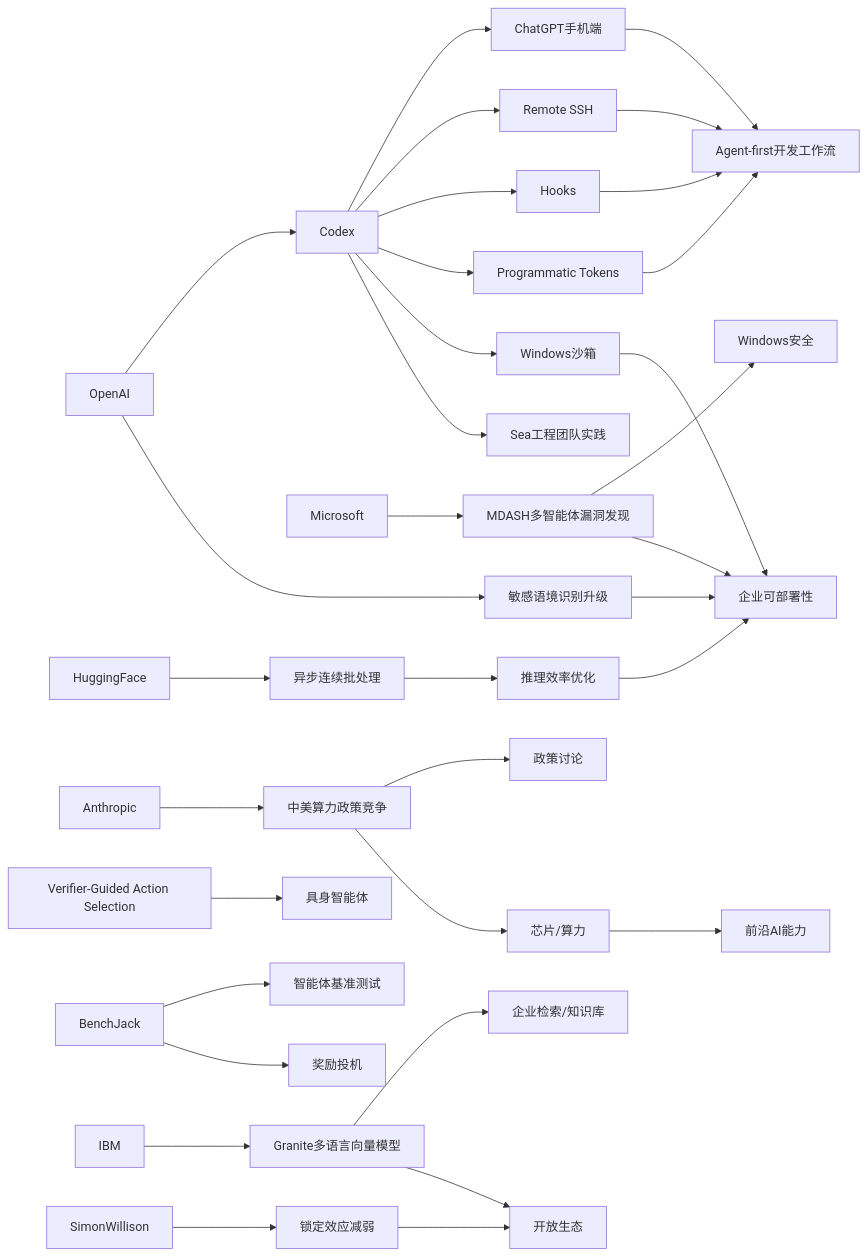
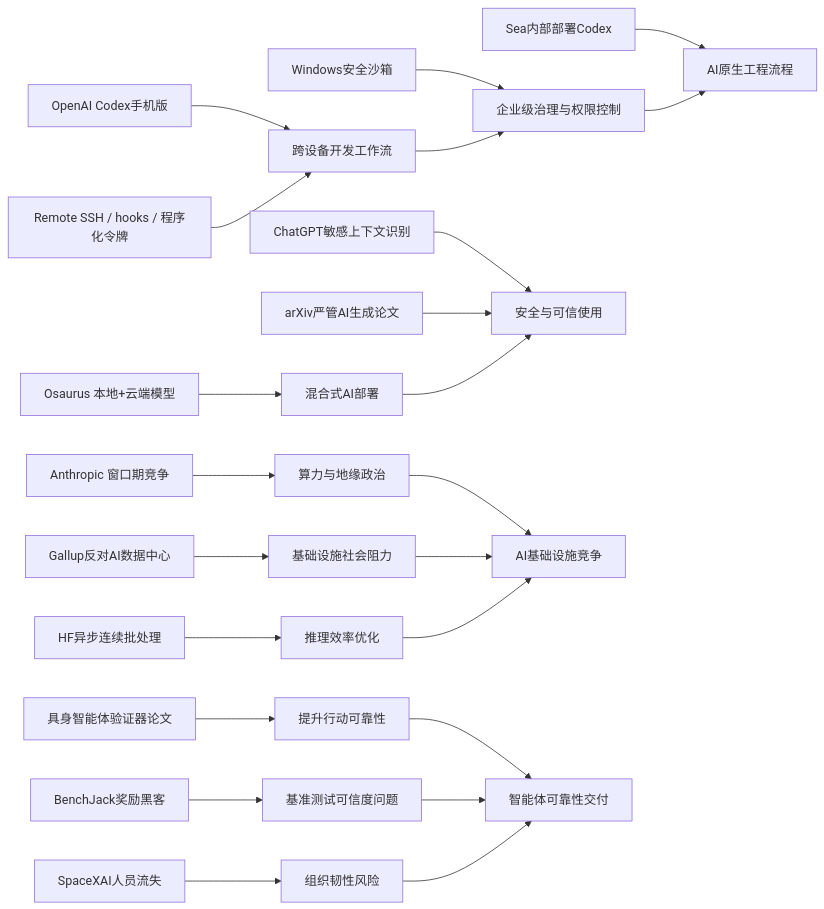
The diagram in content/cn/2026/2026-05/2026-05-15.md (zhuxinfei/ai-daily-site), drawn with Mermaid before and after one commit. The commit also changed other lines of this file, not shown here.

````diff
--- a/content/cn/2026/2026-05/2026-05-15.md
+++ b/content/cn/2026/2026-05/2026-05-15.md
@@ -118,45 +110,28 @@
 ```mermaid
 graph LR
-    OpenAI --> Codex
-    Codex --> ChatGPT_Mobile[ChatGPT手机端]
-    Codex --> RemoteSSH[Remote SSH]
-    Codex --> Hooks[Hooks]
-    Codex --> Tokens[Programmatic Tokens]
-    Codex --> WinSandbox[Windows沙箱]
-    Codex --> Sea[Sea工程团队实践]
+    A[OpenAI Codex手机版] --> B[跨设备开发工作流]
+    C[Remote SSH / hooks / 程序化令牌] --> B
+    D[Windows安全沙箱] --> E[企业级治理与权限控制]
+    B --> E
+    F[Sea内部部署Codex] --> G[AI原生工程流程]
+    E --> G
 
-    OpenAI --> SafetyContext[敏感语境识别升级]
+    H[Osaurus 本地+云端模型] --> I[混合式AI部署]
+    J[ChatGPT敏感上下文识别] --> K[安全与可信使用]
+    L[arXiv严管AI生成论文] --> K
+    I --> K
 
-    Microsoft --> MDASH[MDASH多智能体漏洞发现]
-    MDASH --> Windows[Windows安全]
+    M[Anthropic 窗口期竞争] --> N[算力与地缘政治]
+    O[Gallup反对AI数据中心] --> P[基础设施社会阻力]
+    Q[HF异步连续批处理] --> R[推理效率优化]
+    N --> S[AI基础设施竞争]
+    P --> S
+    R --> S
 
-    Anthropic --> ComputePolicy[中美算力政策竞争]
-    ComputePolicy --> Washington[政策讨论]
-    ComputePolicy --> Chips[芯片/算力]
-
-    IBM --> Granite[Granite多语言向量模型]
-    Granite --> EnterpriseSearch[企业检索/知识库]
-
-    HuggingFace --> AsyncBatching[异步连续批处理]
-    AsyncBatching --> Inference[推理效率优化]
-
-    VerifierPaper[Verifier-Guided Action Selection] --> EmbodiedAgents[具身智能体]
-    BenchJack --> AgentBenchmarks[智能体基准测试]
-    BenchJack --> RewardHacking[奖励投机]
-
-    SimonWillison --> LockIn[锁定效应减弱]
-
-    ChatGPT_Mobile --> AgentFirst[Agent-first开发工作流]
-    RemoteSSH --> AgentFirst
-    Hooks --> AgentFirst
-    Tokens --> AgentFirst
-
-    WinSandbox --> EnterpriseAdoption[企业可部署性]
-    SafetyContext --> EnterpriseAdoption
-    MDASH --> EnterpriseAdoption
-
-    Chips --> FrontierAI[前沿AI能力]
-    Inference --> EnterpriseAdoption
-    Granite --> OpenEcosystem[开放生态]
-    LockIn --> OpenEcosystem
+    T[具身智能体验证器论文] --> U[提升行动可靠性]
+    V[BenchJack奖励黑客] --> W[基准测试可信度问题]
+    U --> X[智能体可靠性交付]
+    W --> X
+    Y[SpaceXAI人员流失] --> Z[组织韧性风险]
+    Z --> X
 ```
````
